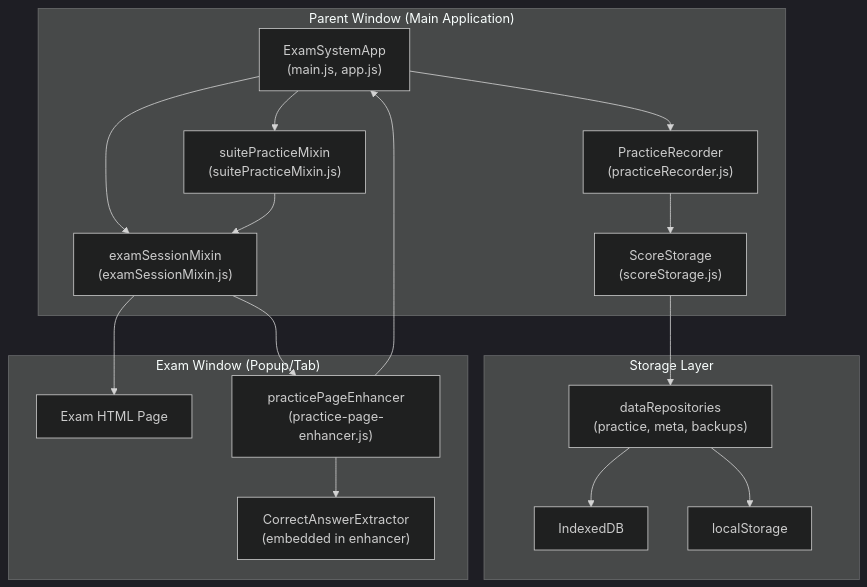
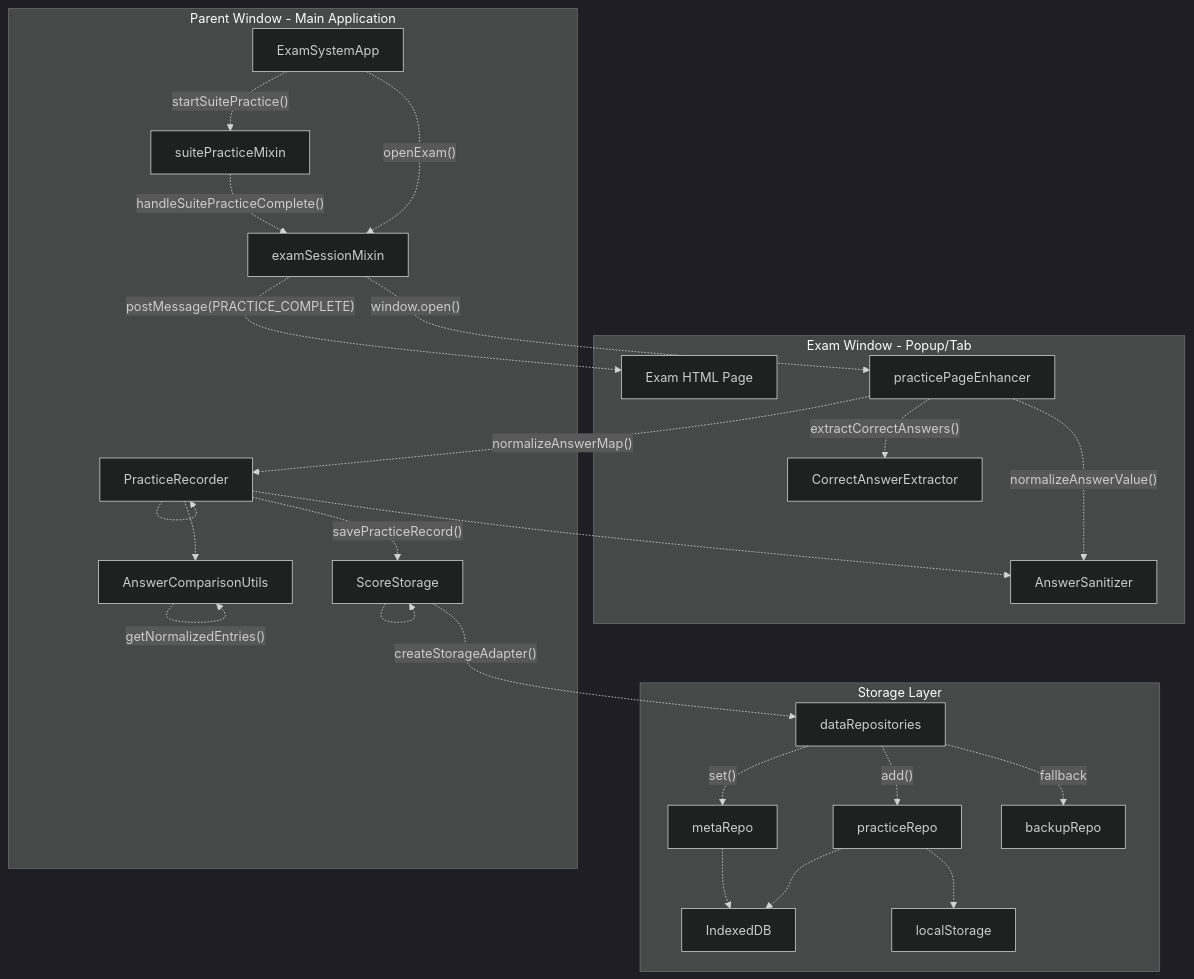
Before and after one commit to sallowayma-git/IELTS-practice: the first of 8 diagrams in developer/doc/Wiki/Practice-Session-System.md, drawn with Mermaid (dark theme). The commit also changed other lines of this file and 84 other files, not shown here.

````diff
--- a/developer/doc/Wiki/Practice-Session-System.md
+++ b/developer/doc/Wiki/Practice-Session-System.md
@@ -41,48 +44,70 @@
 ```mermaid
 flowchart TD
 
-APP["ExamSystemApp<br>(main.js, app.js)"]
-ESM["examSessionMixin<br>(examSessionMixin.js)"]
-SPM["suitePracticeMixin<br>(suitePracticeMixin.js)"]
-PR["PracticeRecorder<br>(practiceRecorder.js)"]
-SS["ScoreStorage<br>(scoreStorage.js)"]
+APP["ExamSystemApp"]
+ESM["examSessionMixin"]
+SPM["suitePracticeMixin"]
+PR["PracticeRecorder"]
+SS["ScoreStorage"]
+ACU["AnswerComparisonUtils"]
 EXAM_PAGE["Exam HTML Page"]
-PPE["practicePageEnhancer<br>(practice-page-enhancer.js)"]
-CAE["CorrectAnswerExtractor<br>(embedded in enhancer)"]
-REPOS["dataRepositories<br>(practice, meta, backups)"]
+PPE["practicePageEnhancer"]
+CAE["CorrectAnswerExtractor"]
+AS["AnswerSanitizer"]
+REPOS["dataRepositories"]
+PRACTICE["practiceRepo"]
+META["metaRepo"]
+BACKUP["backupRepo"]
 IDB["IndexedDB"]
 LS["localStorage"]
 
-ESM --> EXAM_PAGE
-ESM --> PPE
-PPE --> APP
-SS --> REPOS
+ESM -.->|"postMessage(PRACTICE_COMPLETE)"| EXAM_PAGE
+ESM -.->|"window.open()"| PPE
+PPE -.->|"normalizeAnswerMap()"| PR
+SS -.->|"createStorageAdapter()"| REPOS
+PR -.-> AS
 
-subgraph subGraph2 ["Storage Layer"]
+subgraph Storage ["Storage Layer"]
     REPOS
+    PRACTICE
+    META
+    BACKUP
     IDB
     LS
-    REPOS --> IDB
-    REPOS --> LS
+    REPOS -.->|"add()"| PRACTICE
+    REPOS -.->|"set()"| META
+    REPOS -.->|"fallback"| BACKUP
+    PRACTICE -.-> IDB
+    META -.-> IDB
+    PRACTICE -.-> LS
 end
 
-subgraph subGraph1 ["Exam Window (Popup/Tab)"]
+subgraph ExamWin ["Exam Window - Popup/Tab"]
     EXAM_PAGE
     PPE
     CAE
-    PPE --> CAE
+    AS
+    PPE -.->|"extractCorrectAnswers()"| CAE
+    PPE -.->|"normalizeAnswerValue()"| AS
 end
 
-subgraph subGraph0 ["Parent Window (Main Application)"]
+subgraph Parent ["Parent Window - Main Application"]
     APP
     ESM
     SPM
     PR
     SS
-    APP --> ESM
-    APP --> SPM
-    APP --> PR
-    PR --> SS
-    SPM --> ESM
+    ACU
+    APP -.->|"openExam()"| ESM
+    APP -.->|"startSuitePractice()"| SPM
+    PR -.-> PR
+    ACU -.->|"handleExamMessage()"| ACU
+    ACU -.->|"getNormalizedEntries()"| ACU
+    PR -.->|"savePracticeRecord()"| SS
+    SS -.-> SS
+    SS -.->|"standardizeRecord()"| SS
+    SS -.-> SS
+    PR -.-> ACU
+    SPM -.->|"handleSuitePracticeComplete()"| ESM
 end
 ```
````
